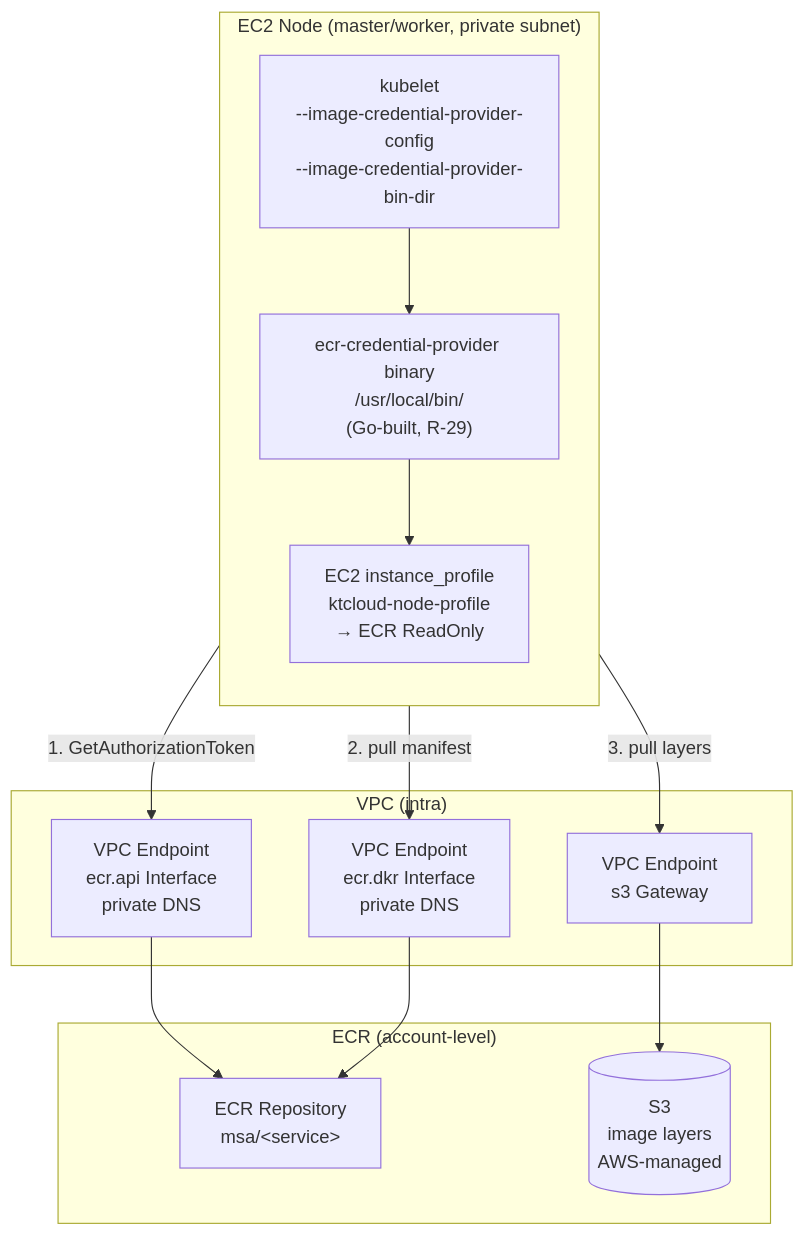
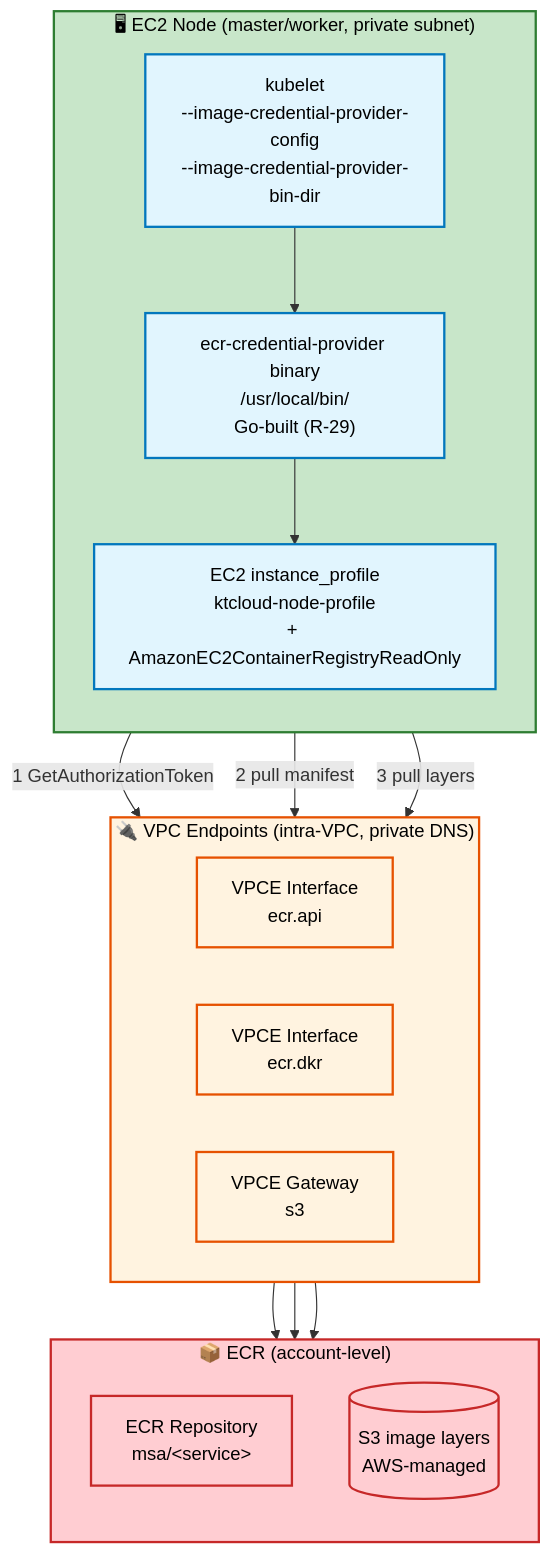
One commit to KTCloud-CloudNative-Troica-Team/msa-argocd-manifest changed the fifth of 7 diagrams in docs/images/AWS-architecture.md. Above: the diagram before and after it, drawn with Mermaid. The commit also changed other lines of this file, not shown here.

First line of the commit message:
docs(images): AWS architecture 다이어그램 색감/레이아웃 보완 + 파싱 에러 fix

````diff
--- a/docs/images/AWS-architecture.md
+++ b/docs/images/AWS-architecture.md
@@ -276,29 +321,43 @@
 ```mermaid
 flowchart TB
-  subgraph Node["EC2 Node (master/worker, private subnet)"]
+  subgraph Node["🖥 EC2 Node (master/worker, private subnet)"]
     direction TB
-    Kubelet["kubelet<br>--image-credential-provider-config<br>--image-credential-provider-bin-dir"]
-    Provider["ecr-credential-provider binary<br>/usr/local/bin/<br>(Go-built, R-29)"]
-    Profile["EC2 instance_profile<br>ktcloud-node-profile<br>→ ECR ReadOnly"]
+    Kubelet["kubelet<br/>--image-credential-provider-config<br/>--image-credential-provider-bin-dir"]
+    Provider["ecr-credential-provider binary<br/>/usr/local/bin/<br/>Go-built (R-29)"]
+    Profile["EC2 instance_profile<br/>ktcloud-node-profile<br/>+ AmazonEC2ContainerRegistryReadOnly"]
     Kubelet --> Provider
     Provider --> Profile
   end
 
-  subgraph VPC["VPC (intra)"]
-    VPCE_API[VPC Endpoint<br>ecr.api Interface<br>private DNS]
-    VPCE_DKR[VPC Endpoint<br>ecr.dkr Interface<br>private DNS]
-    VPCE_S3[VPC Endpoint<br>s3 Gateway]
+  subgraph VPCEndpoints["🔌 VPC Endpoints (intra-VPC, private DNS)"]
+    direction LR
+    VPCE_API["VPCE Interface<br/>ecr.api"]
+    VPCE_DKR["VPCE Interface<br/>ecr.dkr"]
+    VPCE_S3["VPCE Gateway<br/>s3"]
   end
 
-  subgraph ECR["ECR (account-level)"]
-    ECRRepo[ECR Repository<br>msa/&lt;service&gt;]
-    S3Backing[(S3<br>image layers<br>AWS-managed)]
+  subgraph ECR["📦 ECR (account-level)"]
+    direction TB
+    ECRRepo["ECR Repository<br/>msa/&lt;service&gt;"]
+    S3Backing[("S3 image layers<br/>AWS-managed")]
   end
 
-  Provider -->|1. GetAuthorizationToken| VPCE_API
+  Provider -->|"1 GetAuthorizationToken"| VPCE_API
   VPCE_API --> ECRRepo
-  Kubelet -->|2. pull manifest| VPCE_DKR
+  Kubelet -->|"2 pull manifest"| VPCE_DKR
   VPCE_DKR --> ECRRepo
-  Kubelet -->|3. pull layers| VPCE_S3
+  Kubelet -->|"3 pull layers"| VPCE_S3
   VPCE_S3 --> S3Backing
+
+  classDef node fill:#c8e6c9,stroke:#2e7d32,stroke-width:2px,color:#000
+  classDef vpce fill:#fff3e0,stroke:#e65100,stroke-width:2px,color:#000
+  classDef ecr fill:#ffcdd2,stroke:#c62828,stroke-width:2px,color:#000
+  classDef internal fill:#e1f5fe,stroke:#0277bd,color:#000
+
+  class Node node
+  class VPCEndpoints vpce
+  class VPCE_API,VPCE_DKR,VPCE_S3 vpce
+  class ECR ecr
+  class ECRRepo,S3Backing ecr
+  class Kubelet,Provider,Profile internal
 ```
````
